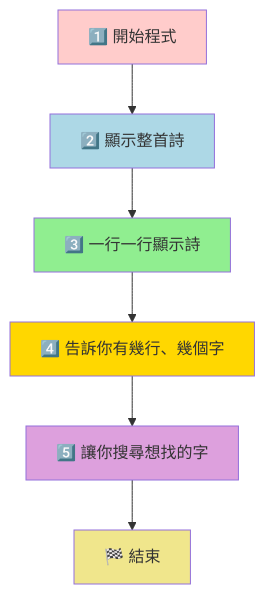
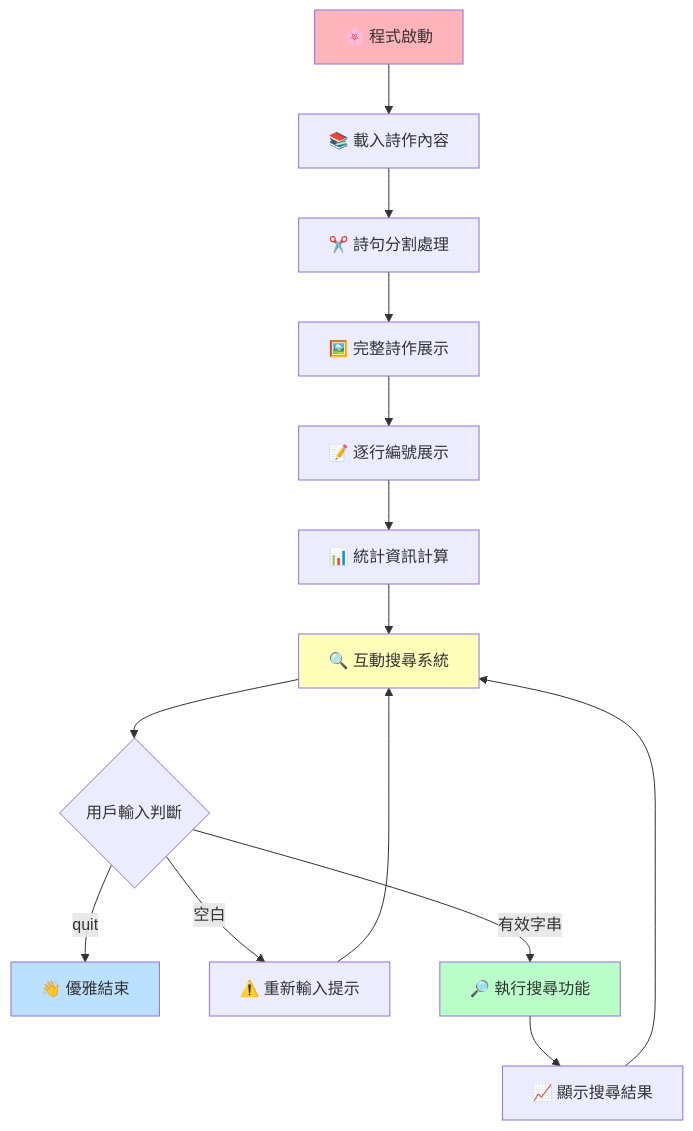
One commit to pppeee861005/python-learning-garden changed the first of 6 diagrams in week_09/詩韻程式架構圖.md. Above: the diagram before and after it, drawn with Mermaid. The commit also changed other lines of this file and 49 other files, not shown here.

````diff
--- a/week_09/詩韻程式架構圖.md
+++ b/week_09/詩韻程式架構圖.md
@@ -10,15 +5,21 @@
 ```mermaid
 graph TD
-    A[1️⃣ 開始程式] --> B[2️⃣ 顯示整首詩]
-    B --> C[3️⃣ 一行一行顯示詩]
-    C --> D[4️⃣ 告訴你有幾行、幾個字]
-    D --> E[5️⃣ 讓你搜尋想找的字]
-    E --> F[🏁 結束]
+    A[🌸 程式啟動] --> B[📚 載入詩作內容]
+    B --> C[✂️ 詩句分割處理]
+    C --> D[🖼️ 完整詩作展示]
+    D --> E[📝 逐行編號展示]
+    E --> F[📊 統計資訊計算]
+    F --> G[🔍 互動搜尋系統]
+    G --> H{用戶輸入判斷}
+    H -->|quit| I[👋 優雅結束]
+    H -->|空白| J[⚠️ 重新輸入提示]
+    H -->|有效字串| K[🔎 執行搜尋功能]
+    J --> G
+    K --> L[📈 顯示搜尋結果]
+    L --> G
     
-    style A fill:#ffcccb
-    style B fill:#add8e6
-    style C fill:#90ee90
-    style D fill:#ffd700
-    style E fill:#dda0dd
-    style F fill:#f0e68c
+    style A fill:#ffb3ba
+    style I fill:#bae1ff
+    style G fill:#ffffba
+    style K fill:#baffc9
 ```
````
